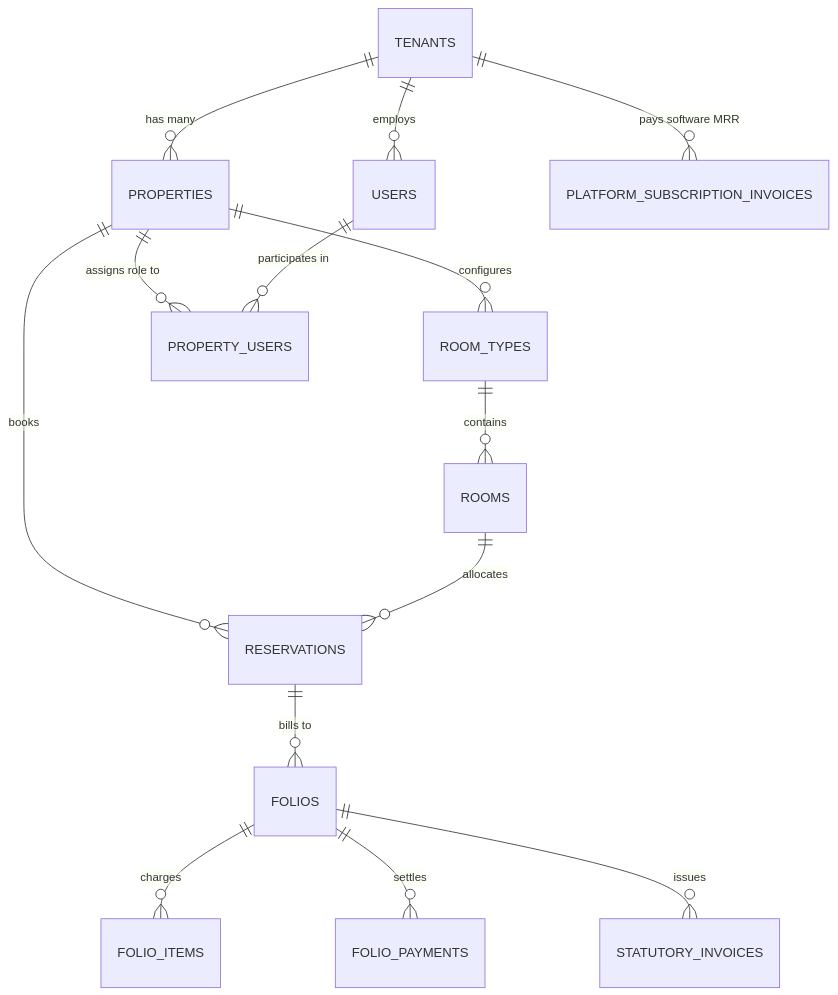
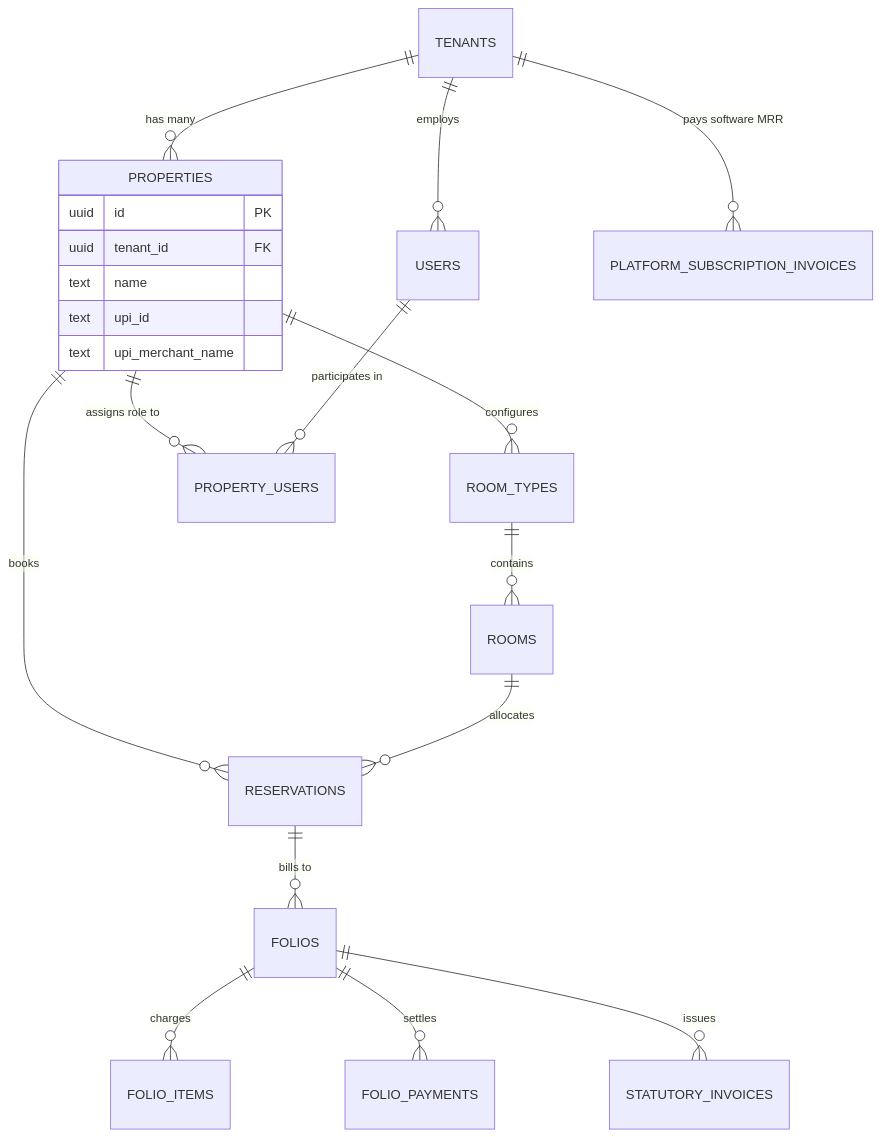
Before and after one commit to Saksham-Geek/hotel-management-erp: the diagram in docs/ARCHITECTURE.md, drawn with Mermaid. The commit also changed other lines of this file and 6 other files, not shown here.

````diff
--- a/docs/ARCHITECTURE.md
+++ b/docs/ARCHITECTURE.md
@@ -25,16 +27,23 @@
 ```mermaid
 erDiagram
     TENANTS ||--o{ PROPERTIES : "has many"
     TENANTS ||--o{ USERS : "employs"
     PROPERTIES ||--o{ ROOM_TYPES : "configures"
     ROOM_TYPES ||--o{ ROOMS : "contains"
     PROPERTIES ||--o{ PROPERTY_USERS : "assigns role to"
     USERS ||--o{ PROPERTY_USERS : "participates in"
     PROPERTIES ||--o{ RESERVATIONS : "books"
     ROOMS ||--o{ RESERVATIONS : "allocates"
     RESERVATIONS ||--o{ FOLIOS : "bills to"
     FOLIOS ||--o{ FOLIO_ITEMS : "charges"
     FOLIOS ||--o{ FOLIO_PAYMENTS : "settles"
     FOLIOS ||--o{ STATUTORY_INVOICES : "issues"
     TENANTS ||--o{ PLATFORM_SUBSCRIPTION_INVOICES : "pays software MRR"
+    PROPERTIES {
+        uuid id PK
+        uuid tenant_id FK
+        text name
+        text upi_id
+        text upi_merchant_name
+    }
 ```
````
